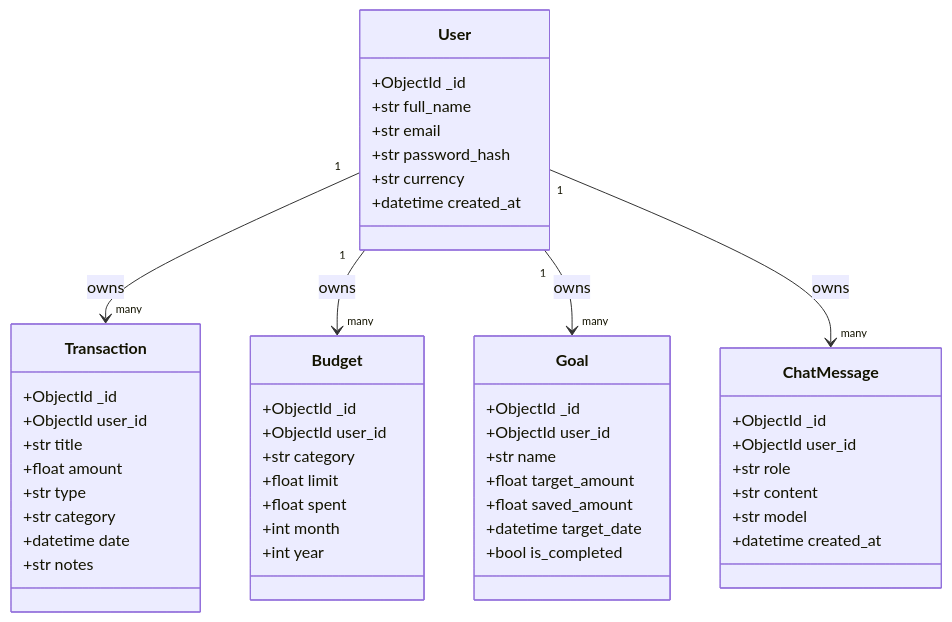
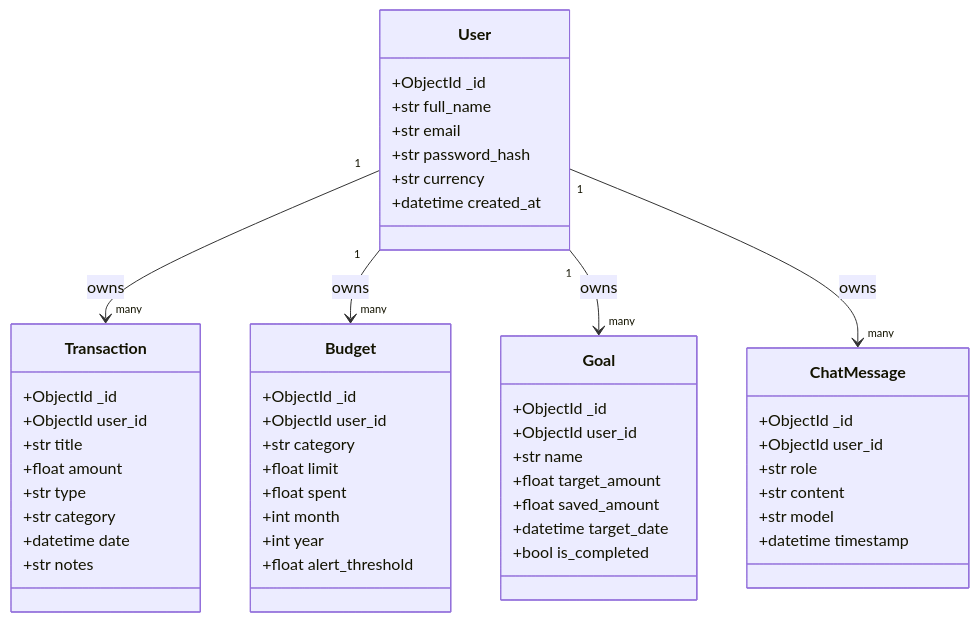
Before and after one commit to farhanbin65/finance-tracker-dessertation: the fourth of 5 diagrams in README.md, drawn with Mermaid. The commit also changed other lines of this file, not shown here.

````diff
--- a/README.md
+++ b/README.md
@@ -171,56 +224,57 @@
 ```mermaid
 classDiagram
   class User {
     +ObjectId _id
     +str full_name
     +str email
     +str password_hash
     +str currency
     +datetime created_at
   }
 
   class Transaction {
     +ObjectId _id
     +ObjectId user_id
     +str title
     +float amount
     +str type
     +str category
     +datetime date
     +str notes
   }
 
   class Budget {
     +ObjectId _id
     +ObjectId user_id
     +str category
     +float limit
     +float spent
     +int month
     +int year
+    +float alert_threshold
   }
 
   class Goal {
     +ObjectId _id
     +ObjectId user_id
     +str name
     +float target_amount
     +float saved_amount
     +datetime target_date
     +bool is_completed
   }
 
   class ChatMessage {
     +ObjectId _id
     +ObjectId user_id
     +str role
     +str content
     +str model
-    +datetime created_at
+    +datetime timestamp
   }
 
   User "1" --> "many" Transaction : owns
   User "1" --> "many" Budget : owns
   User "1" --> "many" Goal : owns
   User "1" --> "many" ChatMessage : owns
 ```
````
